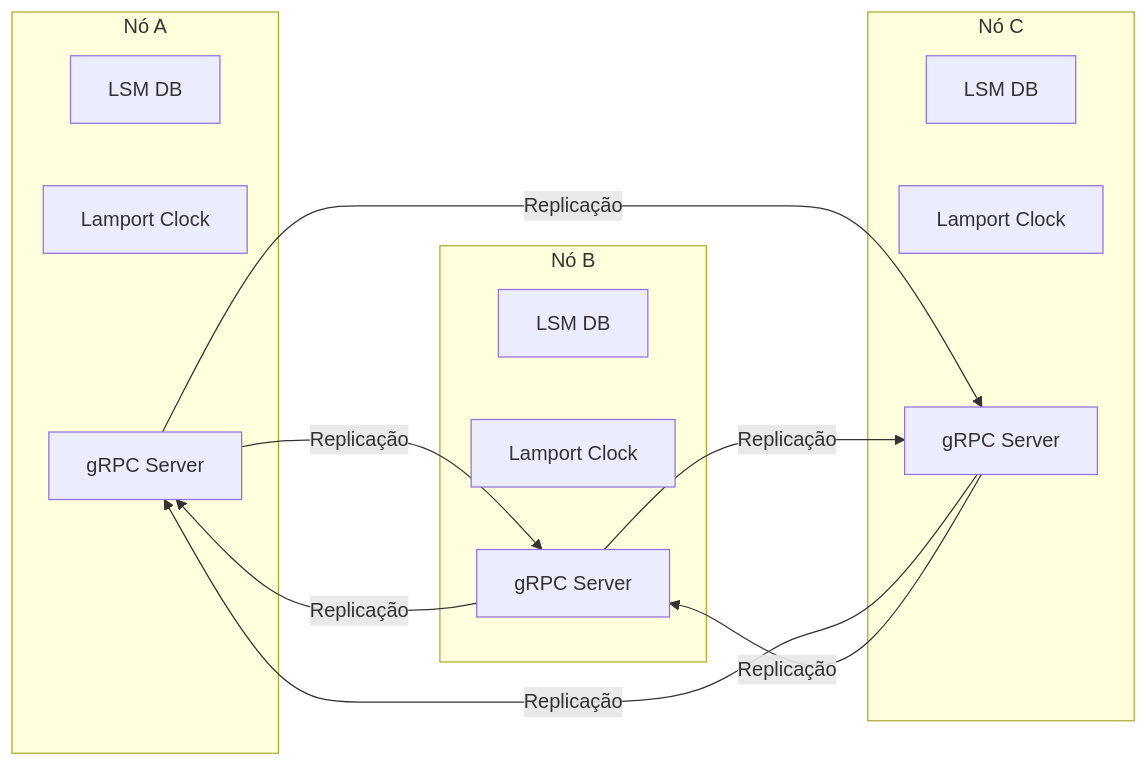
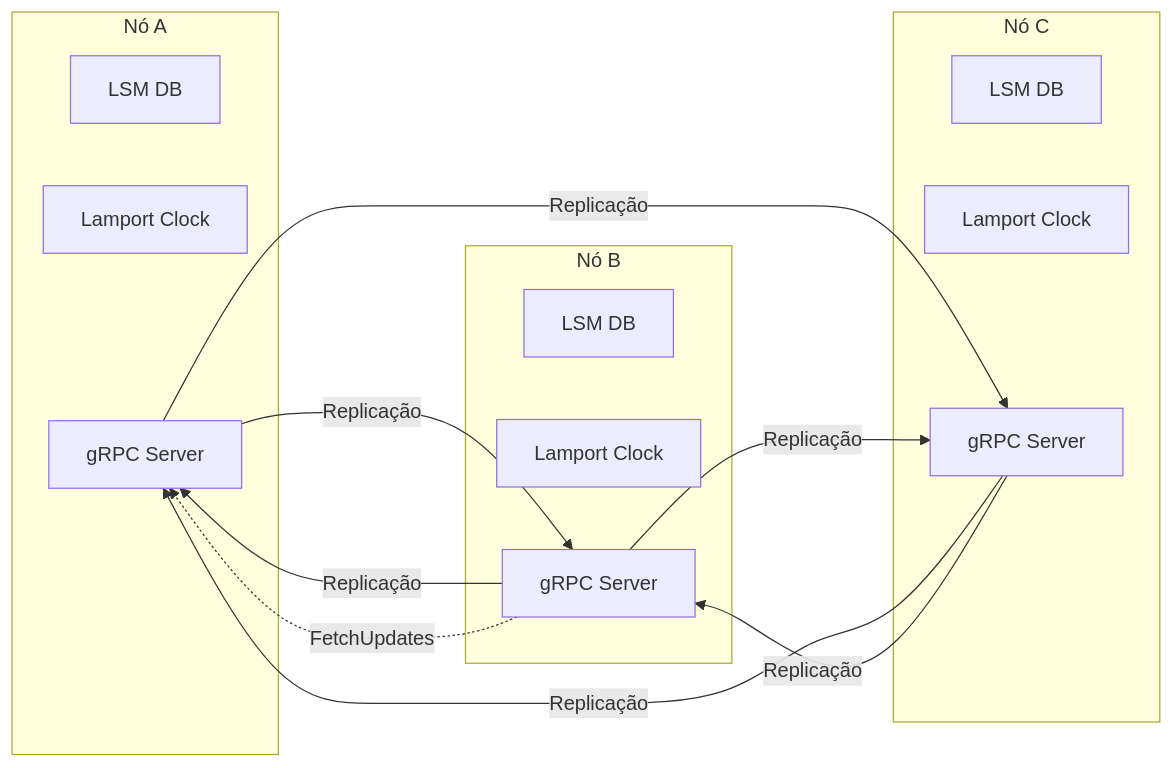
The first of 3 diagrams in README.md (diegomrodrigues2/relational_distributed_database), drawn with Mermaid before and after one commit. The commit also changed other lines of this file, not shown here.

Commit message:
Update diagrams for offline sync

````diff
--- a/README.md
+++ b/README.md
@@ -7,24 +7,25 @@
 ```mermaid
 flowchart LR
     subgraph Node_A["Nó A"]
         ADB["LSM DB"]
         AClock["Lamport Clock"]
         AServer["gRPC Server"]
     end
     subgraph Node_B["Nó B"]
         BDB["LSM DB"]
         BClock["Lamport Clock"]
         BServer["gRPC Server"]
     end
     subgraph Node_C["Nó C"]
         CDB["LSM DB"]
         CClock["Lamport Clock"]
         CServer["gRPC Server"]
     end
     AServer -- Replicação --> BServer
     AServer -- Replicação --> CServer
     BServer -- Replicação --> AServer
     BServer -- Replicação --> CServer
     CServer -- Replicação --> AServer
     CServer -- Replicação --> BServer
+    BServer -. FetchUpdates .-> AServer
 ```
````
